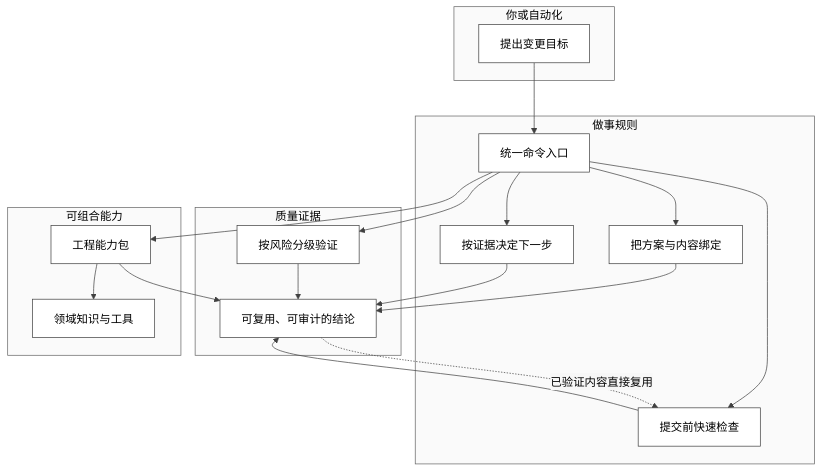
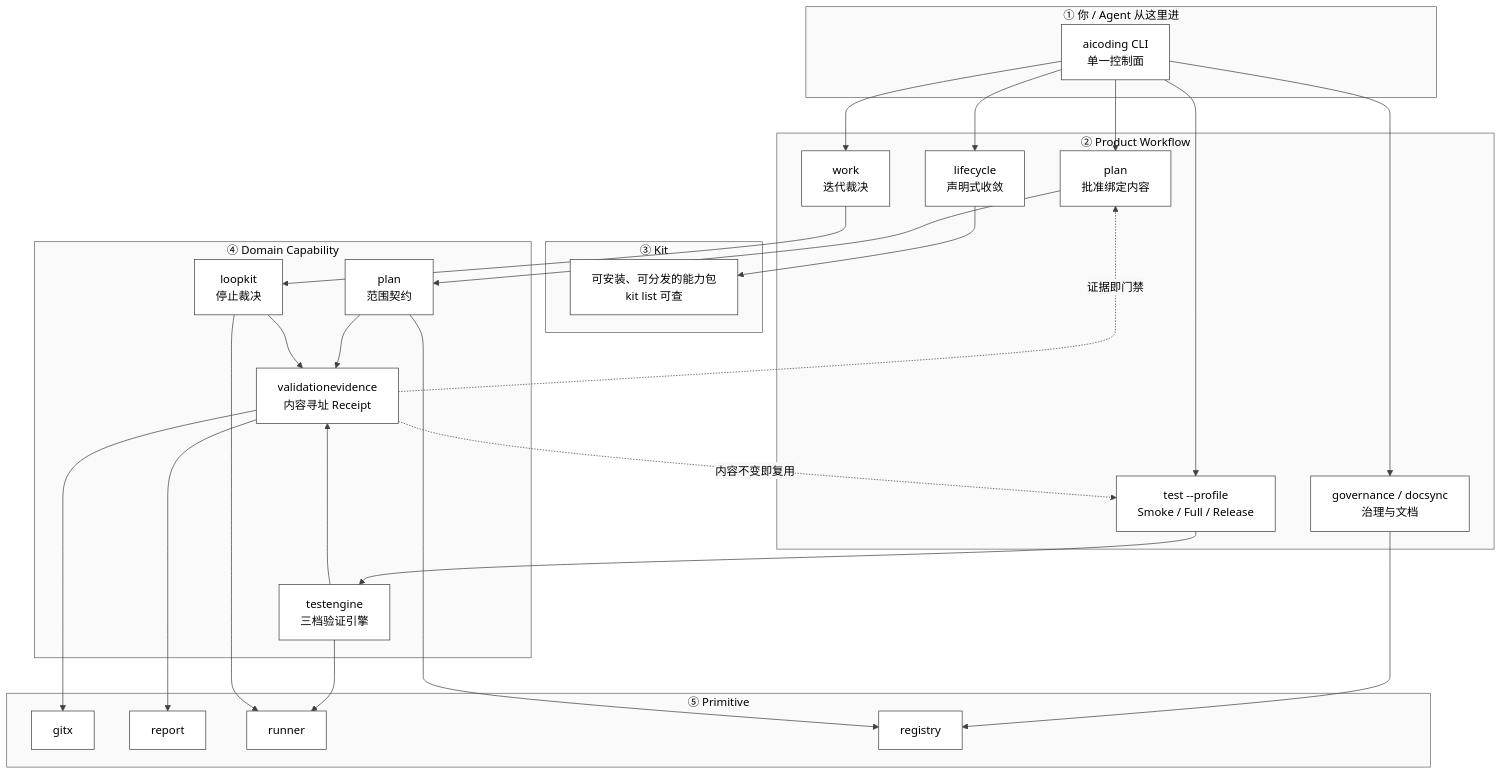
Before and after one commit to JiaxI2/AiCoding: the diagram in README.md, drawn with Mermaid. The commit also changed other lines of this file and 12 other files, not shown here.

Commit message:
docs(architecture): complete layered diagrams

````diff
--- a/README.md
+++ b/README.md
@@ -18,34 +18,49 @@
 ```mermaid
 %%{init: {"theme":"base","themeVariables":{"primaryColor":"#FFFFFF","primaryTextColor":"#000000","primaryBorderColor":"#404040","lineColor":"#404040","secondaryColor":"#F7F7F7","tertiaryColor":"#FFFFFF","clusterBkg":"#FAFAFA","clusterBorder":"#666666","fontFamily":"Arial, sans-serif"}}}%%
 graph TB
-  subgraph A["你或自动化"]
-    U["提出变更目标"]
+  subgraph U["① 你 / Agent 从这里进"]
+    CLI["aicoding CLI<br/>单一控制面"]
   end
-  subgraph B["做事规则"]
-    C["统一命令入口"]
-    P["把方案与内容绑定"]
-    W["按证据决定下一步"]
-    G["提交前快速检查"]
+  subgraph P["② Product Workflow"]
+    PLAN["plan<br/>批准绑定内容"]
+    WORK["work<br/>迭代裁决"]
+    TEST["test --profile<br/>Smoke / Full / Release"]
+    LIFE["lifecycle<br/>声明式收敛"]
+    GOV["governance / docsync<br/>治理与文档"]
   end
-  subgraph D["质量证据"]
-    T["按风险分级验证"]
-    E["可复用、可审计的结论"]
+  subgraph K["③ Kit"]
+    KITS["可安装、可分发的能力包<br/>kit list 可查"]
   end
-  subgraph F["可组合能力"]
-    K["工程能力包"]
-    S["领域知识与工具"]
+  subgraph D["④ Domain Capability"]
+    VE["validationevidence<br/>内容寻址 Receipt"]
+    TE["testengine<br/>三档验证引擎"]
+    LK["loopkit<br/>停止裁决"]
+    PL["plan<br/>范围契约"]
   end
-  U --> C
-  C --> P
-  C --> W
-  C --> G
-  C --> T
-  C --> K
-  P --> E
-  W --> E
-  G --> E
-  T --> E
-  K --> S
-  K --> E
-  E -. 已验证内容直接复用 .-> G
+  subgraph R["⑤ Primitive"]
+    GX["gitx"]
+    RP["report"]
+    RN["runner"]
+    RG["registry"]
+  end
+  CLI --> PLAN
+  CLI --> WORK
+  CLI --> TEST
+  CLI --> LIFE
+  CLI --> GOV
+  LIFE --> KITS
+  PLAN --> PL
+  WORK --> LK
+  TEST --> TE
+  GOV --> RG
+  PL --> VE
+  LK --> VE
+  TE --> VE
+  VE --> GX
+  VE --> RP
+  TE --> RN
+  LK --> RN
+  PL --> RG
+  VE -. "内容不变即复用" .-> TEST
+  VE -. "证据即门禁" .-> PLAN
 ```
````
